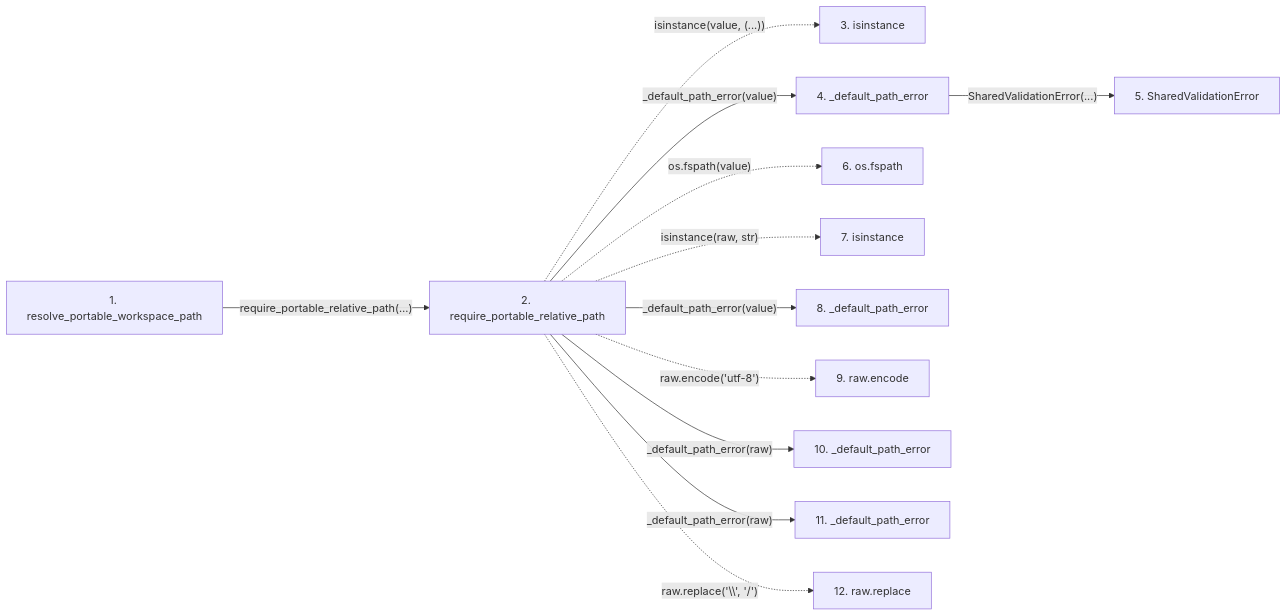
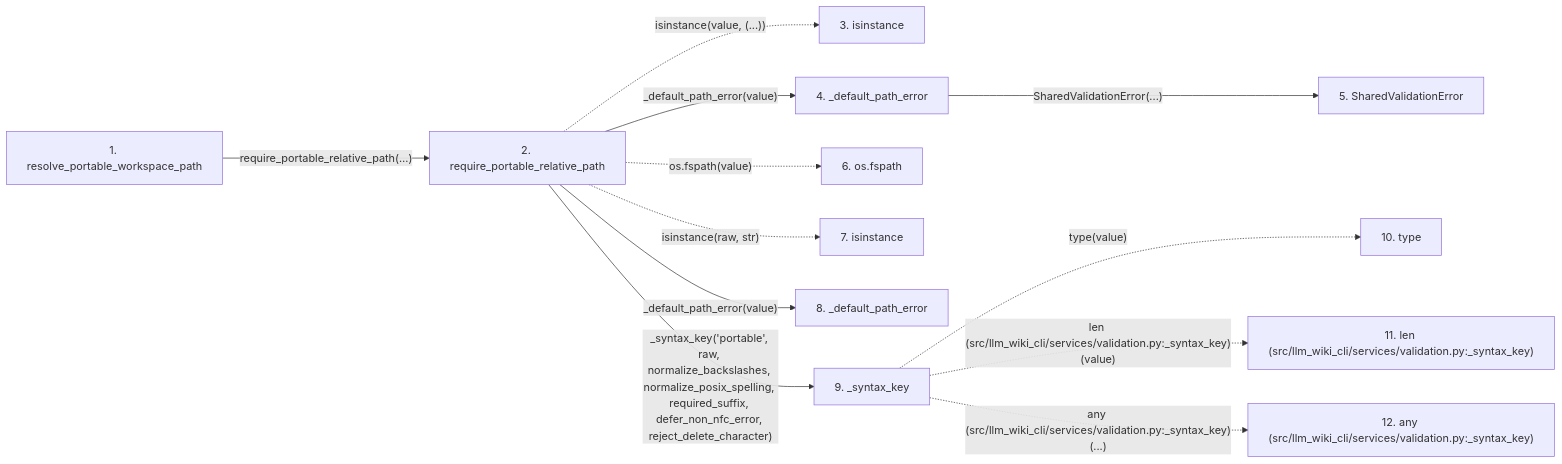
Before and after one commit to Denissvgn/python-wiki-llm: the second of 2 diagrams in docs/llm_wiki/flows/api-resolve_portable_workspace_path.md, drawn with Mermaid. The commit also changed other lines of this file and 865 other files, not shown here.

````diff
--- a/docs/llm_wiki/flows/api-resolve_portable_workspace_path.md
+++ b/docs/llm_wiki/flows/api-resolve_portable_workspace_path.md
@@ -70,33 +72,32 @@
 ```mermaid
 flowchart LR
     s1["1. resolve_portable_workspace_path"]
     s2["2. require_portable_relative_path"]
     s3["3. isinstance"]
     s4["4. _default_path_error"]
     s5["5. SharedValidationError"]
     s6["6. os.fspath"]
     s7["7. isinstance"]
     s8["8. _default_path_error"]
-    s9["9. raw.encode"]
-    s10["10. _default_path_error"]
-    s11["11. _default_path_error"]
-    s12["12. raw.replace"]
+    s9["9. _syntax_key"]
+    s10["10. type"]
+    s11["11. len (src/llm_wiki_cli/services/validation.py:_syntax_key)"]
+    s12["12. any (src/llm_wiki_cli/services/validation.py:_syntax_key)"]
     s1 -->|"require_portable_relative_path(…)"| s2
     s2 -. "isinstance(value, (...))" .-> s3
     s2 -->|"_default_path_error(value)"| s4
     s4 -->|"SharedValidationError(...)"| s5
     s2 -. "os.fspath(value)" .-> s6
     s2 -. "isinstance(raw, str)" .-> s7
     s2 -->|"_default_path_error(value)"| s8
-    s2 -. "raw.encode('utf-8')" .-> s9
-    s2 -->|"_default_path_error(raw)"| s10
-    s2 -->|"_default_path_error(raw)"| s11
-    s2 -. "raw.replace('\\', '/')" .-> s12
+    s2 -->|"_syntax_key('portable', raw, normalize_backslashes, normalize_posix_spelling, required_suffix, defer_non_nfc_error, reject_delete_character)"| s9
+    s9 -. "type(value)" .-> s10
+    s9 -. "len (src/llm_wiki_cli/services/validation.py:_syntax_key)(value)" .-> s11
+    s9 -. "any (src/llm_wiki_cli/services/validation.py:_syntax_key)(...)" .-> s12
     click s1 "../modules/validation.md"
     click s2 "../modules/validation.md"
     click s4 "../modules/validation.md"
     click s5 "../modules/validation.md"
     click s8 "../modules/validation.md"
-    click s10 "../modules/validation.md"
-    click s11 "../modules/validation.md"
+    click s9 "../modules/validation.md"
 ```
````
